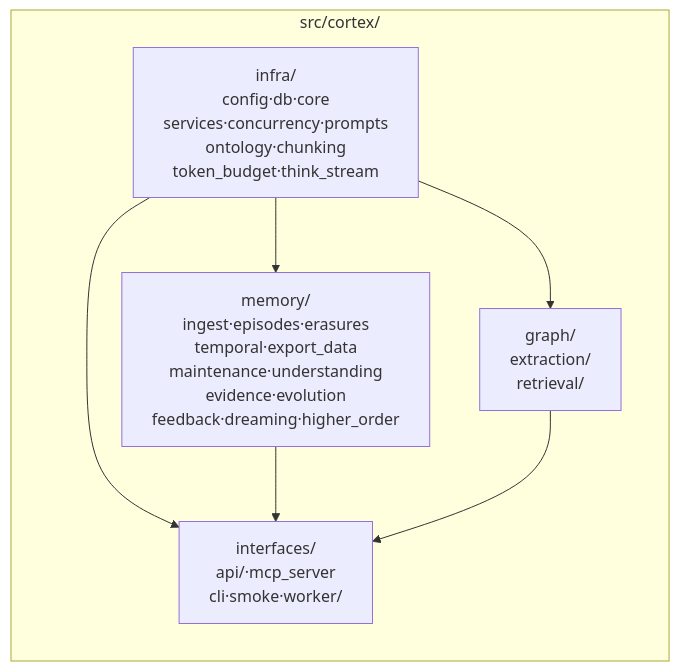
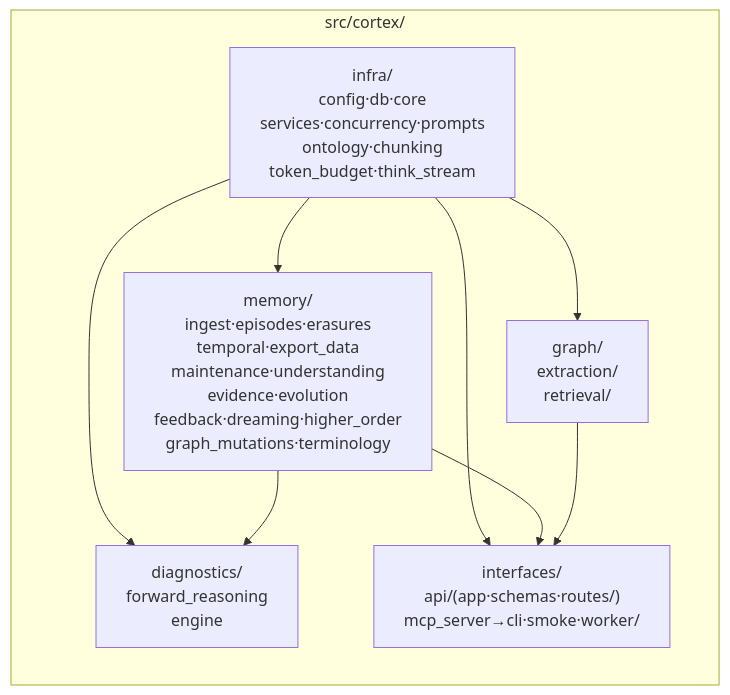
The fifth of 11 diagrams in source/chapters/23-architecture-diagrams.md (pty819/cortex-py-book), drawn with Mermaid before and after one commit. The commit also changed other lines of this file and 27 other files, not shown here.

````diff
--- a/source/chapters/23-architecture-diagrams.md
+++ b/source/chapters/23-architecture-diagrams.md
@@ -242,15 +263,18 @@
 ```{mermaid}
 graph LR
     subgraph src ["src/cortex/"]
         INFRA["infra/<br/>config·db·core<br/>services·concurrency·prompts<br/>ontology·chunking<br/>token_budget·think_stream"]
-        MEM["memory/<br/>ingest·episodes·erasures<br/>temporal·export_data<br/>maintenance·understanding<br/>evidence·evolution<br/>feedback·dreaming·higher_order"]
+        MEM["memory/<br/>ingest·episodes·erasures<br/>temporal·export_data<br/>maintenance·understanding<br/>evidence·evolution<br/>feedback·dreaming·higher_order<br/>graph_mutations·terminology"]
         GRAPH["graph/<br/>extraction/<br/>retrieval/"]
-        IF["interfaces/<br/>api/·mcp_server<br/>cli·smoke·worker/"]
+        DIAG["diagnostics/<br/>forward_reasoning<br/>engine"]
+        IF["interfaces/<br/>api/(app·schemas·routes/)<br/>mcp_server→cli·smoke·worker/"]
     end
 
     INFRA --> MEM
     INFRA --> GRAPH
+    INFRA --> DIAG
     INFRA --> IF
+    MEM --> DIAG
     MEM --> IF
     GRAPH --> IF
 ```
````
